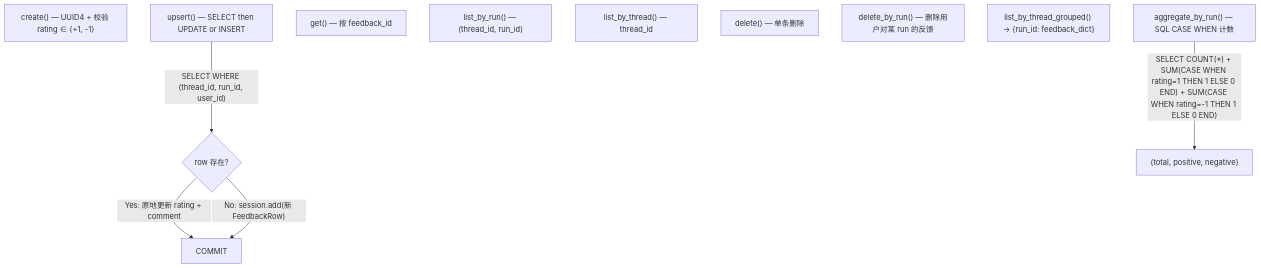
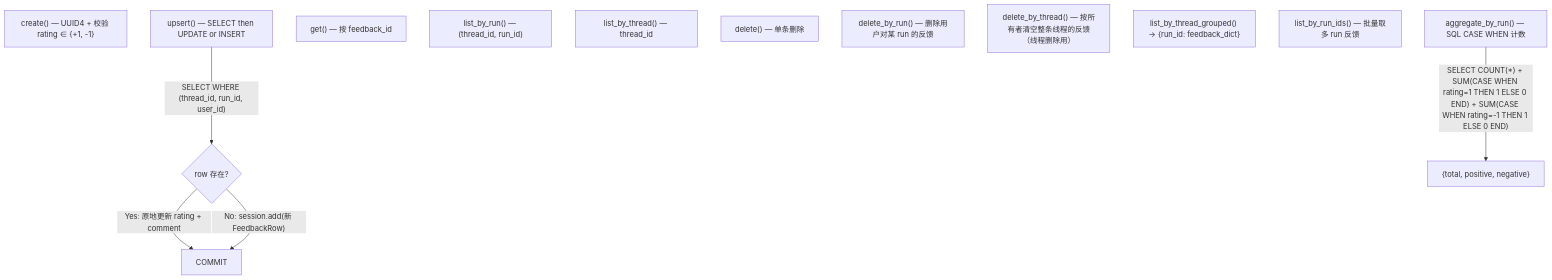
Before and after one commit to ethan-jiang-1/deer-flow: the second of 5 diagrams in _digest/internals/persistence/db-checkpointer-store-backends.md, drawn with Mermaid. The commit also changed other lines of this file and 26 other files, not shown here.

````diff
--- a/_digest/internals/persistence/db-checkpointer-store-backends.md
+++ b/_digest/internals/persistence/db-checkpointer-store-backends.md
@@ -386,18 +389,20 @@
 ```mermaid
 flowchart TD
     CREATE["create() — UUID4 + 校验 rating ∈ {+1, -1}"]
     UPSERT["upsert() — SELECT then UPDATE or INSERT"]
     GET["get() — 按 feedback_id"]
     LBR["list_by_run() — (thread_id, run_id)"]
     LBT["list_by_thread() — thread_id"]
     DEL["delete() — 单条删除"]
     DBR["delete_by_run() — 删除用户对某 run 的反馈"]
+    DBT["delete_by_thread() — 按所有者清空整条线程的反馈（线程删除用）"]
     LBG["list_by_thread_grouped() → {run_id: feedback_dict}"]
+    LBRID["list_by_run_ids() — 批量取多 run 反馈"]
     AGG["aggregate_by_run() — SQL CASE WHEN 计数"]
 
     UPSERT -->|"SELECT WHERE (thread_id, run_id, user_id)"| FOUND{row 存在?}
     FOUND -->|"Yes: 原地更新 rating + comment"| COMMIT
     FOUND -->|"No: session.add(新 FeedbackRow)"| COMMIT
 
     AGG -->|"SELECT COUNT(*) + SUM(CASE WHEN rating=1 THEN 1 ELSE 0 END) + SUM(CASE WHEN rating=-1 THEN 1 ELSE 0 END)"| STATS["{total, positive, negative}"]
 ```
````
